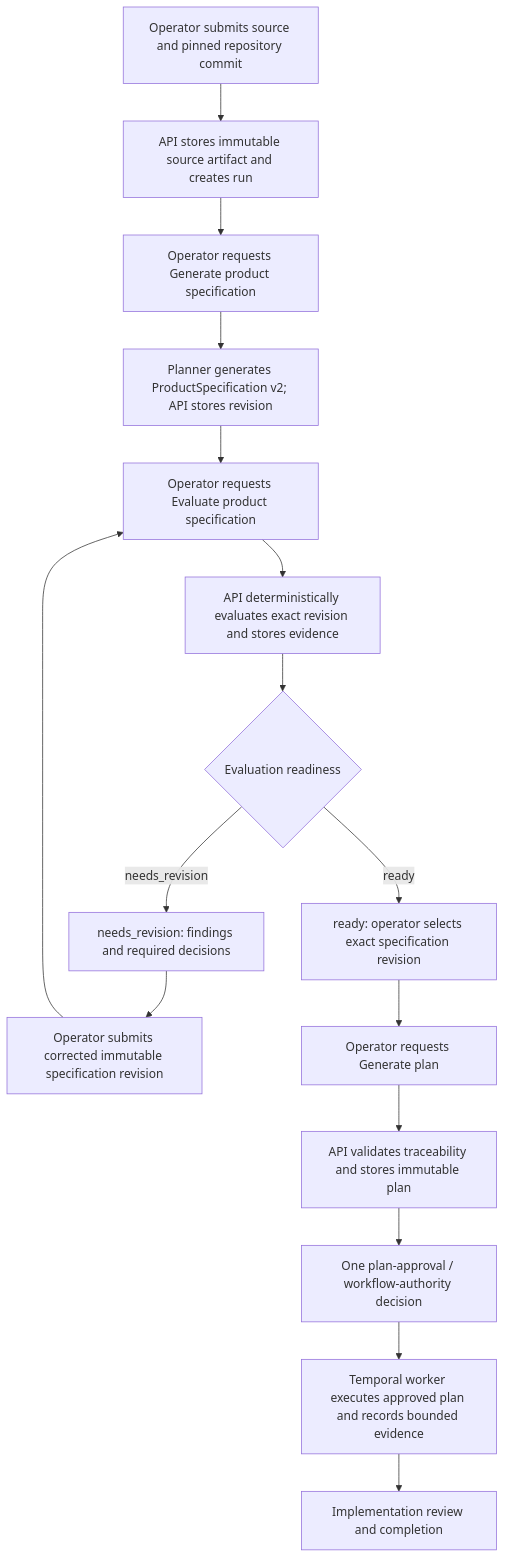
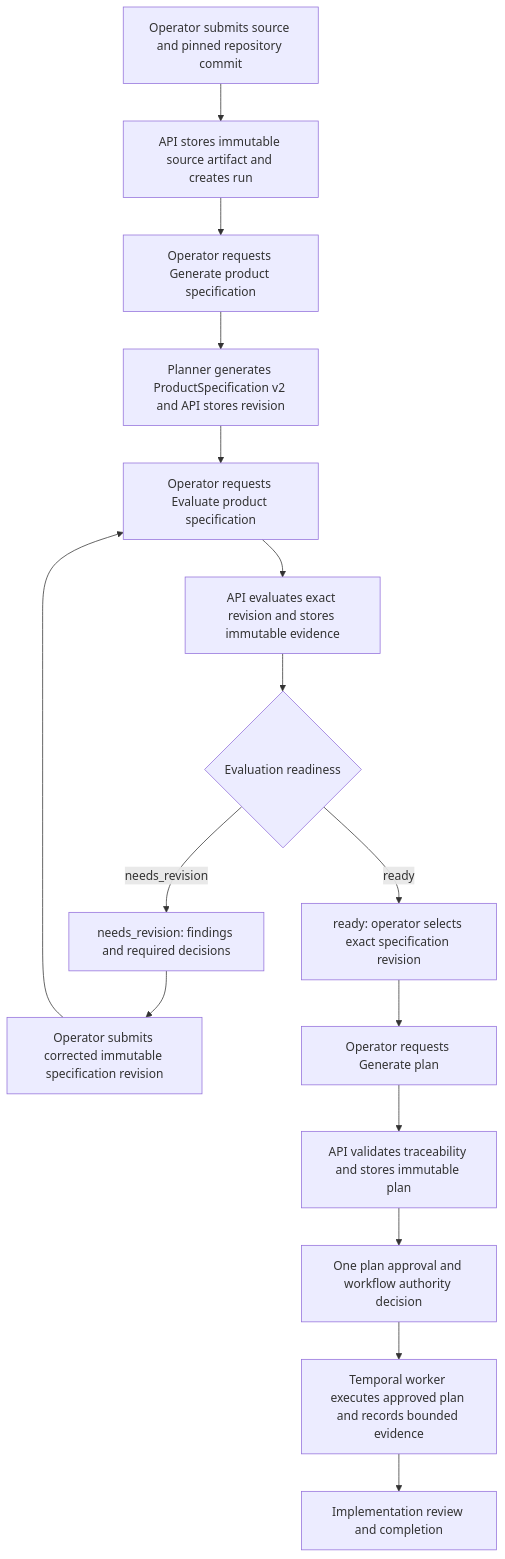
The diagram in docs/specification-evaluation-lifecycle.md (crmagz/cogito), drawn with Mermaid before and after one commit.

Commit message:
fix(docs): use compatible Mermaid lifecycle syntax

````diff
--- a/docs/specification-evaluation-lifecycle.md
+++ b/docs/specification-evaluation-lifecycle.md
@@ -11,22 +11,22 @@
 ```mermaid
-flowchart TD
-    A[Operator submits source and pinned repository commit]
-    B[API stores immutable source artifact and creates run]
-    C[Operator requests Generate product specification]
-    D[Planner generates ProductSpecification v2; API stores revision]
-    E[Operator requests Evaluate product specification]
-    F[API deterministically evaluates exact revision and stores evidence]
-    G{Evaluation readiness}
-    H[needs_revision: findings and required decisions]
-    I[Operator submits corrected immutable specification revision]
-    J[ready: operator selects exact specification revision]
-    K[Operator requests Generate plan]
-    L[API validates traceability and stores immutable plan]
-    M[One plan-approval / workflow-authority decision]
-    N[Temporal worker executes approved plan and records bounded evidence]
-    O[Implementation review and completion]
+graph TD
+    A["Operator submits source and pinned repository commit"]
+    B["API stores immutable source artifact and creates run"]
+    C["Operator requests Generate product specification"]
+    D["Planner generates ProductSpecification v2 and API stores revision"]
+    E["Operator requests Evaluate product specification"]
+    F["API evaluates exact revision and stores immutable evidence"]
+    G{"Evaluation readiness"}
+    H["needs_revision: findings and required decisions"]
+    I["Operator submits corrected immutable specification revision"]
+    J["ready: operator selects exact specification revision"]
+    K["Operator requests Generate plan"]
+    L["API validates traceability and stores immutable plan"]
+    M["One plan approval and workflow authority decision"]
+    N["Temporal worker executes approved plan and records bounded evidence"]
+    O["Implementation review and completion"]
 
     A --> B --> C --> D --> E --> F --> G
-    G -- needs_revision --> H --> I --> E
-    G -- ready --> J --> K --> L --> M --> N --> O
+    G -->|needs_revision| H --> I --> E
+    G -->|ready| J --> K --> L --> M --> N --> O
 ```
````
